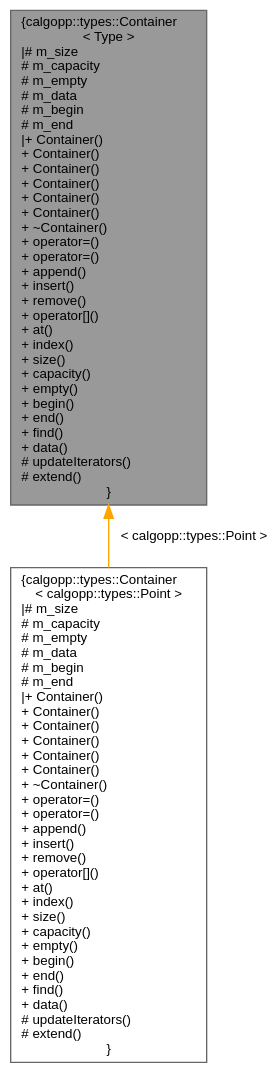
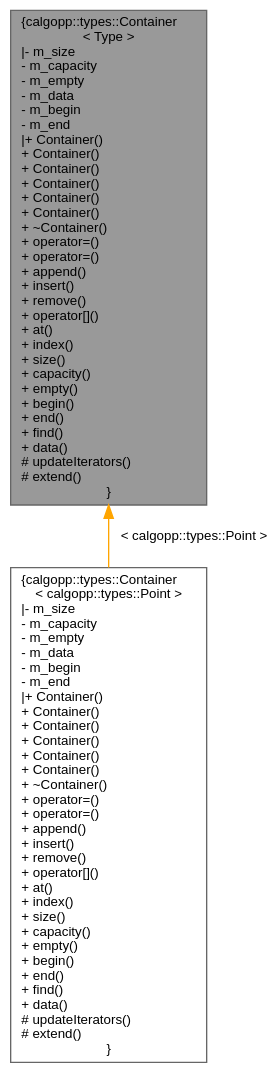
The diagram in classcalgopp_1_1types_1_1Container__inherit__graph.dot (pawelekg95/algopp), drawn with Graphviz before and after one commit. The commit also changed 28 other files, not shown here.

```diff
--- a/classcalgopp_1_1types_1_1Container__inherit__graph.dot
+++ b/classcalgopp_1_1types_1_1Container__inherit__graph.dot
@@ -1,10 +1,10 @@
 digraph "calgopp::types::Container&lt; Type &gt;"
 {
  // LATEX_PDF_SIZE
   bgcolor="transparent";
   edge [fontname=Helvetica,fontsize=10,labelfontname=Helvetica,labelfontsize=10];
   node [fontname=Helvetica,fontsize=10,shape=box,height=0.2,width=0.4];
-  Node1 [label="{calgopp::types::Container\l\< Type \>\n|# m_size\l# m_capacity\l# m_empty\l# m_data\l# m_begin\l# m_end\l|+ Container()\l+ Container()\l+ Container()\l+ Container()\l+ Container()\l+ Container()\l+ ~Container()\l+ operator=()\l+ operator=()\l+ append()\l+ insert()\l+ remove()\l+ operator[]()\l+ at()\l+ index()\l+ size()\l+ capacity()\l+ empty()\l+ begin()\l+ end()\l+ find()\l+ data()\l# updateIterators()\l# extend()\l}",height=0.2,width=0.4,color="gray40", fillcolor="grey60", style="filled", fontcolor="black",tooltip=" "];
+  Node1 [label="{calgopp::types::Container\l\< Type \>\n|- m_size\l- m_capacity\l- m_empty\l- m_data\l- m_begin\l- m_end\l|+ Container()\l+ Container()\l+ Container()\l+ Container()\l+ Container()\l+ Container()\l+ ~Container()\l+ operator=()\l+ operator=()\l+ append()\l+ insert()\l+ remove()\l+ operator[]()\l+ at()\l+ index()\l+ size()\l+ capacity()\l+ empty()\l+ begin()\l+ end()\l+ find()\l+ data()\l# updateIterators()\l# extend()\l}",height=0.2,width=0.4,color="gray40", fillcolor="grey60", style="filled", fontcolor="black",tooltip=" "];
   Node1 -> Node2 [dir="back",color="orange",style="solid",label=" \< calgopp::types::Point \>" ];
-  Node2 [label="{calgopp::types::Container\l\< calgopp::types::Point \>\n|# m_size\l# m_capacity\l# m_empty\l# m_data\l# m_begin\l# m_end\l|+ Container()\l+ Container()\l+ Container()\l+ Container()\l+ Container()\l+ Container()\l+ ~Container()\l+ operator=()\l+ operator=()\l+ append()\l+ insert()\l+ remove()\l+ operator[]()\l+ at()\l+ index()\l+ size()\l+ capacity()\l+ empty()\l+ begin()\l+ end()\l+ find()\l+ data()\l# updateIterators()\l# extend()\l}",height=0.2,width=0.4,color="gray40", fillcolor="white", style="filled",URL="$classcalgopp_1_1types_1_1Container.html",tooltip=" "];
+  Node2 [label="{calgopp::types::Container\l\< calgopp::types::Point \>\n|- m_size\l- m_capacity\l- m_empty\l- m_data\l- m_begin\l- m_end\l|+ Container()\l+ Container()\l+ Container()\l+ Container()\l+ Container()\l+ Container()\l+ ~Container()\l+ operator=()\l+ operator=()\l+ append()\l+ insert()\l+ remove()\l+ operator[]()\l+ at()\l+ index()\l+ size()\l+ capacity()\l+ empty()\l+ begin()\l+ end()\l+ find()\l+ data()\l# updateIterators()\l# extend()\l}",height=0.2,width=0.4,color="gray40", fillcolor="white", style="filled",URL="$classcalgopp_1_1types_1_1Container.html",tooltip=" "];
 }
```
